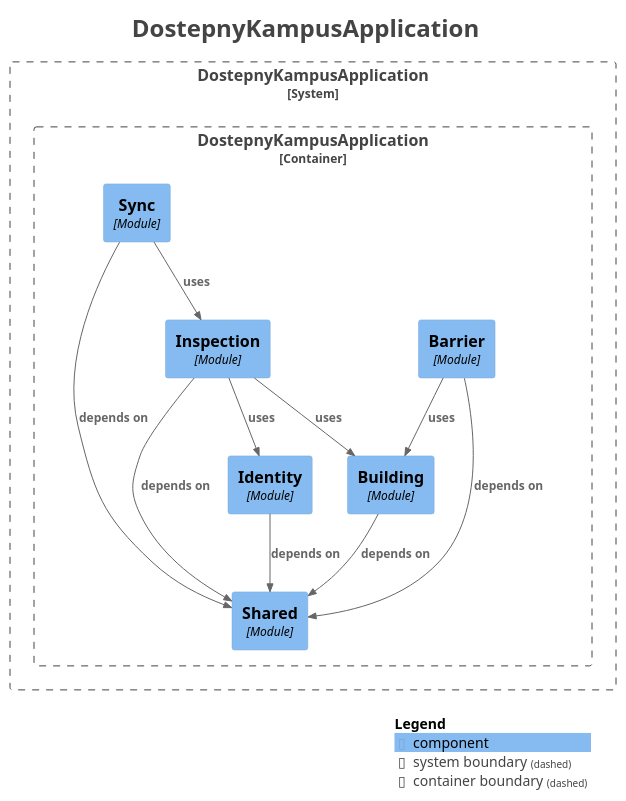
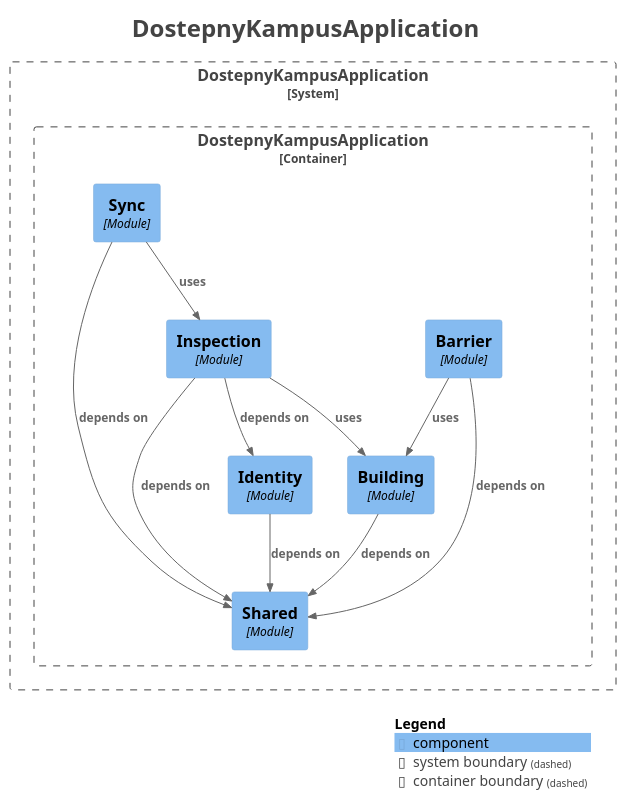
Before and after one commit to dostepny-kampus/dostepny-kampus: the diagram in docs/docs/architektura/moduly-serwera.iuml, drawn with PlantUML. The commit also changed 1 other file, not shown here.

Commit message:
fix(identity): schemat modułów jak z generatora i jawny konstruktor pseudonimów

```diff
--- a/docs/docs/architektura/moduly-serwera.iuml
+++ b/docs/docs/architektura/moduly-serwera.iuml
@@ -1,42 +1,42 @@
 @startuml
 title <size:24>DostepnyKampusApplication</size>
 
 set separator none
 top to bottom direction
 
 <style>
   root {
     BackgroundColor: #ffffff
     FontColor: #444444
   }
 </style>
 
 !include <C4/C4>
 !include <C4/C4_Context>
 !include <C4/C4_Component>
 
 System_Boundary("DostepnyKampusApplication_boundary", "DostepnyKampusApplication", $tags="") {
   Container_Boundary("DostepnyKampusApplication.DostepnyKampusApplication_boundary", "DostepnyKampusApplication", $tags="") {
     Component(DostepnyKampusApplication.DostepnyKampusApplication.Shared, "Shared", $techn="Module", $descr="", $tags="", $link="")
     Component(DostepnyKampusApplication.DostepnyKampusApplication.Building, "Building", $techn="Module", $descr="", $tags="", $link="")
     Component(DostepnyKampusApplication.DostepnyKampusApplication.Barrier, "Barrier", $techn="Module", $descr="", $tags="", $link="")
     Component(DostepnyKampusApplication.DostepnyKampusApplication.Identity, "Identity", $techn="Module", $descr="", $tags="", $link="")
     Component(DostepnyKampusApplication.DostepnyKampusApplication.Inspection, "Inspection", $techn="Module", $descr="", $tags="", $link="")
     Component(DostepnyKampusApplication.DostepnyKampusApplication.Sync, "Sync", $techn="Module", $descr="", $tags="", $link="")
   }
 
 }
 
 Rel(DostepnyKampusApplication.DostepnyKampusApplication.Building, DostepnyKampusApplication.DostepnyKampusApplication.Shared, "depends on", $techn="", $tags="", $link="")
 Rel(DostepnyKampusApplication.DostepnyKampusApplication.Barrier, DostepnyKampusApplication.DostepnyKampusApplication.Shared, "depends on", $techn="", $tags="", $link="")
 Rel(DostepnyKampusApplication.DostepnyKampusApplication.Barrier, DostepnyKampusApplication.DostepnyKampusApplication.Building, "uses", $techn="", $tags="", $link="")
 Rel(DostepnyKampusApplication.DostepnyKampusApplication.Identity, DostepnyKampusApplication.DostepnyKampusApplication.Shared, "depends on", $techn="", $tags="", $link="")
 Rel(DostepnyKampusApplication.DostepnyKampusApplication.Inspection, DostepnyKampusApplication.DostepnyKampusApplication.Shared, "depends on", $techn="", $tags="", $link="")
 Rel(DostepnyKampusApplication.DostepnyKampusApplication.Inspection, DostepnyKampusApplication.DostepnyKampusApplication.Building, "uses", $techn="", $tags="", $link="")
 Rel(DostepnyKampusApplication.DostepnyKampusApplication.Sync, DostepnyKampusApplication.DostepnyKampusApplication.Shared, "depends on", $techn="", $tags="", $link="")
 Rel(DostepnyKampusApplication.DostepnyKampusApplication.Sync, DostepnyKampusApplication.DostepnyKampusApplication.Inspection, "uses", $techn="", $tags="", $link="")
-Rel(DostepnyKampusApplication.DostepnyKampusApplication.Inspection, DostepnyKampusApplication.DostepnyKampusApplication.Identity, "uses", $techn="", $tags="", $link="")
+Rel(DostepnyKampusApplication.DostepnyKampusApplication.Inspection, DostepnyKampusApplication.DostepnyKampusApplication.Identity, "depends on", $techn="", $tags="", $link="")
 
 SHOW_LEGEND(true)
 hide stereotypes
 @enduml
```
